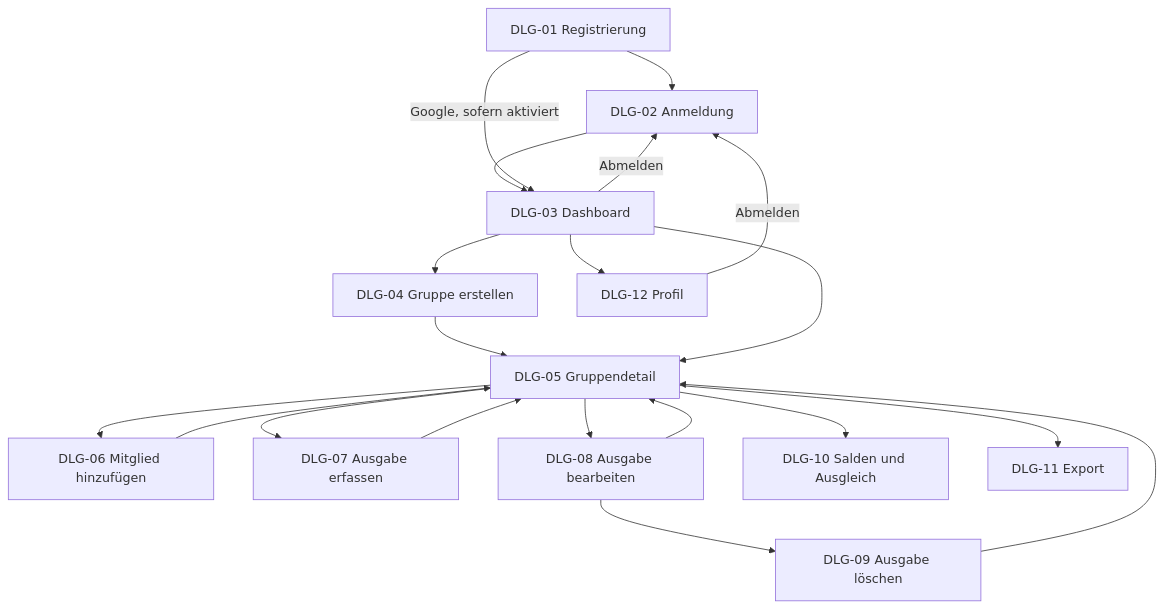
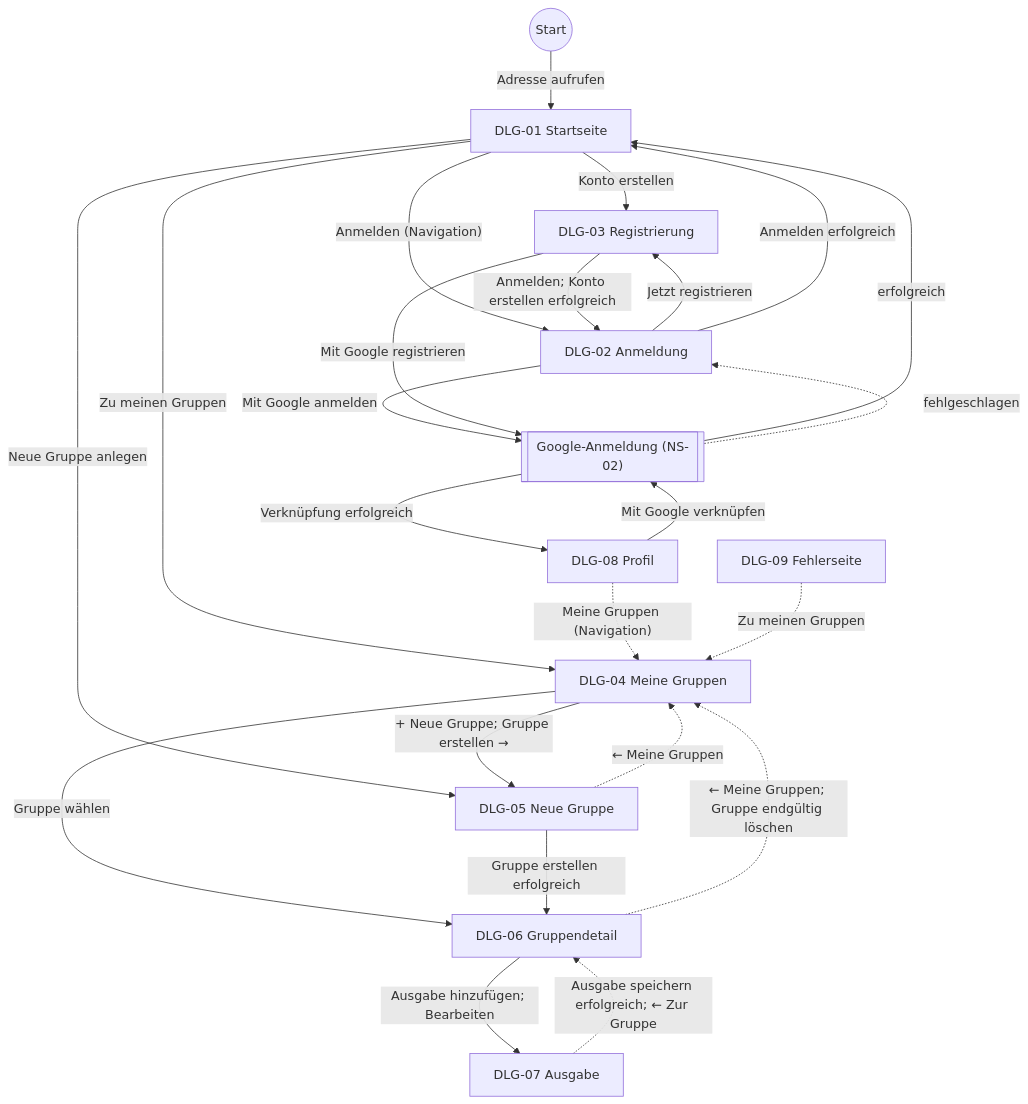
One commit to Bunyamin0101/WK_1106_CampusSplit changed the diagram in Spezifikation/B1_Dialogspezifikation.md. Above: the diagram before and after it, drawn with Mermaid. The commit also changed other lines of this file, not shown here.

````diff
--- a/Spezifikation/B1_Dialogspezifikation.md
+++ b/Spezifikation/B1_Dialogspezifikation.md
@@ -528,26 +7,37 @@
-``` mermaid
+```mermaid
 flowchart TD
-    DLG01["DLG-01 Registrierung"] --> DLG02["DLG-02 Anmeldung"]
-    DLG02 --> DLG03["DLG-03 Dashboard"]
-    DLG01 -->|Google, sofern aktiviert| DLG03
+    S(("Start")) -->|"Adresse aufrufen"| D01
+    D01["DLG-01 Startseite"]
+    D02["DLG-02 Anmeldung"]
+    D03["DLG-03 Registrierung"]
+    D04["DLG-04 Meine Gruppen"]
+    D05["DLG-05 Neue Gruppe"]
+    D06["DLG-06 Gruppendetail"]
+    D07["DLG-07 Ausgabe"]
+    D08["DLG-08 Profil"]
+    D09["DLG-09 Fehlerseite"]
+    G[["Google-Anmeldung (NS-02)"]]
 
-    DLG03 --> DLG04["DLG-04 Gruppe erstellen"]
-    DLG04 --> DLG05["DLG-05 Gruppendetail"]
-    DLG03 --> DLG05
-    DLG03 --> DLG12["DLG-12 Profil"]
-
-    DLG05 --> DLG06["DLG-06 Mitglied hinzufügen"]
-    DLG05 --> DLG07["DLG-07 Ausgabe erfassen"]
-    DLG05 --> DLG08["DLG-08 Ausgabe bearbeiten"]
-    DLG08 --> DLG09["DLG-09 Ausgabe löschen"]
-    DLG05 --> DLG10["DLG-10 Salden und Ausgleich"]
-    DLG05 --> DLG11["DLG-11 Export"]
-
-    DLG06 --> DLG05
-    DLG07 --> DLG05
-    DLG08 --> DLG05
-    DLG09 --> DLG05
-
-    DLG03 -->|Abmelden| DLG02
-    DLG12 -->|Abmelden| DLG02
+    D01 -->|"Konto erstellen"| D03
+    D01 -->|"Anmelden (Navigation)"| D02
+    D01 -->|"Zu meinen Gruppen"| D04
+    D01 -->|"Neue Gruppe anlegen"| D05
+    D02 -->|"Jetzt registrieren"| D03
+    D03 -->|"Anmelden; Konto erstellen erfolgreich"| D02
+    D02 -->|"Anmelden erfolgreich"| D01
+    D02 -->|"Mit Google anmelden"| G
+    D03 -->|"Mit Google registrieren"| G
+    G -->|"erfolgreich"| D01
+    G -.->|"fehlgeschlagen"| D02
+    D04 -->|"+ Neue Gruppe; Gruppe erstellen →"| D05
+    D04 -->|"Gruppe wählen"| D06
+    D05 -->|"Gruppe erstellen erfolgreich"| D06
+    D05 -.->|"← Meine Gruppen"| D04
+    D06 -->|"Ausgabe hinzufügen; Bearbeiten"| D07
+    D07 -.->|"Ausgabe speichern erfolgreich; ← Zur Gruppe"| D06
+    D06 -.->|"← Meine Gruppen; Gruppe endgültig löschen"| D04
+    D08 -->|"Mit Google verknüpfen"| G
+    G -->|"Verknüpfung erfolgreich"| D08
+    D08 -.->|"Meine Gruppen (Navigation)"| D04
+    D09 -.->|"Zu meinen Gruppen"| D04
 ```
````
